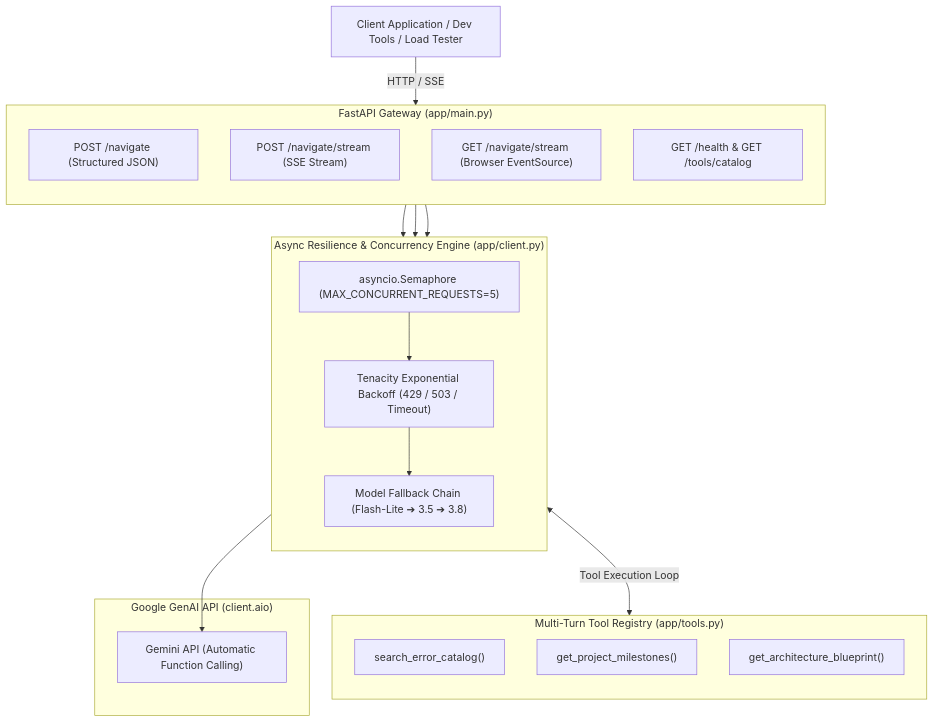
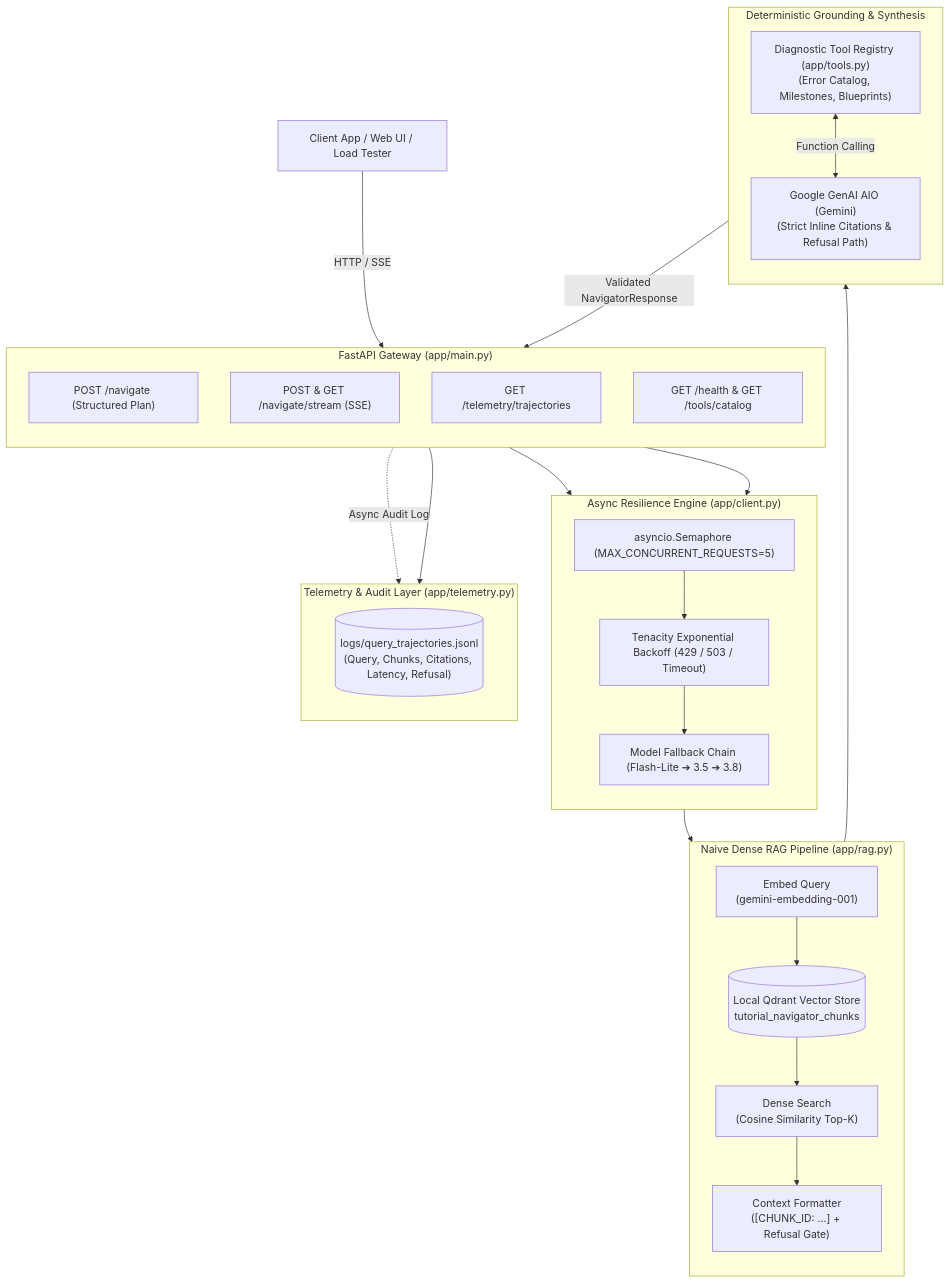
One commit to k-nikhil-coder/tutorial-hell-navigator changed the diagram in README.md. Above: the diagram before and after it, drawn with Mermaid. The commit also changed other lines of this file and 2 other files, not shown here.

Commit message:
docs: update architecture diagram with Qdrant RAG, add empirical refusal benchmark, and refine tradeoff claims

````diff
--- a/README.md
+++ b/README.md
@@ -47,39 +47,50 @@
 ```mermaid
 flowchart TD
-    Client["Client Application / Dev Tools / Load Tester"]
+    Client["Client App / Web UI / Load Tester"]
 
     subgraph FastAPI["FastAPI Gateway (app/main.py)"]
         direction TB
-        Navigate["POST /navigate (Structured JSON)"]
-        StreamPost["POST /navigate/stream (SSE Stream)"]
-        StreamGet["GET /navigate/stream (Browser EventSource)"]
+        Navigate["POST /navigate (Structured Plan)"]
+        Stream["POST & GET /navigate/stream (SSE)"]
+        Telemetry["GET /telemetry/trajectories"]
         Health["GET /health & GET /tools/catalog"]
     end
 
-    subgraph Engine["Async Resilience & Concurrency Engine (app/client.py)"]
+    subgraph Engine["Async Resilience Engine (app/client.py)"]
         direction TB
         Sem["asyncio.Semaphore (MAX_CONCURRENT_REQUESTS=5)"]
         Retry["Tenacity Exponential Backoff (429 / 503 / Timeout)"]
         Fallback["Model Fallback Chain (Flash-Lite ➔ 3.5 ➔ 3.8)"]
+        Sem --> Retry --> Fallback
     end
 
-    subgraph Tools["Multi-Turn Tool Registry (app/tools.py)"]
+    subgraph RAG["Naive Dense RAG Pipeline (app/rag.py)"]
         direction TB
-        ErrCatalog["search_error_catalog()"]
-        Milestones["get_project_milestones()"]
-        Blueprints["get_architecture_blueprint()"]
+        EmbedQuery["Embed Query\n(gemini-embedding-001)"]
+        Qdrant[("Local Qdrant Vector Store\ntutorial_navigator_chunks")]
+        TopK["Dense Search\n(Cosine Similarity Top-K)"]
+        Context["Context Formatter\n([CHUNK_ID: ...] + Refusal Gate)"]
+        EmbedQuery --> Qdrant --> TopK --> Context
     end
 
-    subgraph Provider["Google GenAI API (client.aio)"]
-        Gemini["Gemini API (Automatic Function Calling)"]
+    subgraph Grounding["Deterministic Grounding & Synthesis"]
+        direction TB
+        Tools["Diagnostic Tool Registry (app/tools.py)\n(Error Catalog, Milestones, Blueprints)"]
+        Gemini["Google GenAI AIO (Gemini)\n(Strict Inline Citations & Refusal Path)"]
+        Tools <-->|Function Calling| Gemini
+    end
+
+    subgraph TelemetryLayer["Telemetry & Audit Layer (app/telemetry.py)"]
+        direction TB
+        LogFile[("logs/query_trajectories.jsonl\n(Query, Chunks, Citations, Latency, Refusal)")]
     end
 
     Client -->|HTTP / SSE| FastAPI
     Navigate --> Sem
-    StreamPost --> Sem
-    StreamGet --> Sem
-    Sem --> Retry
-    Retry --> Fallback
-    Fallback <-->|Tool Execution Loop| Tools
-    Fallback --> Gemini
+    Stream --> Sem
+    Fallback --> EmbedQuery
+    Context --> Gemini
+    Gemini -->|Validated NavigatorResponse| Navigate
+    Navigate -.->|Async Audit Log| LogFile
+    Telemetry --> LogFile
 ```
````
